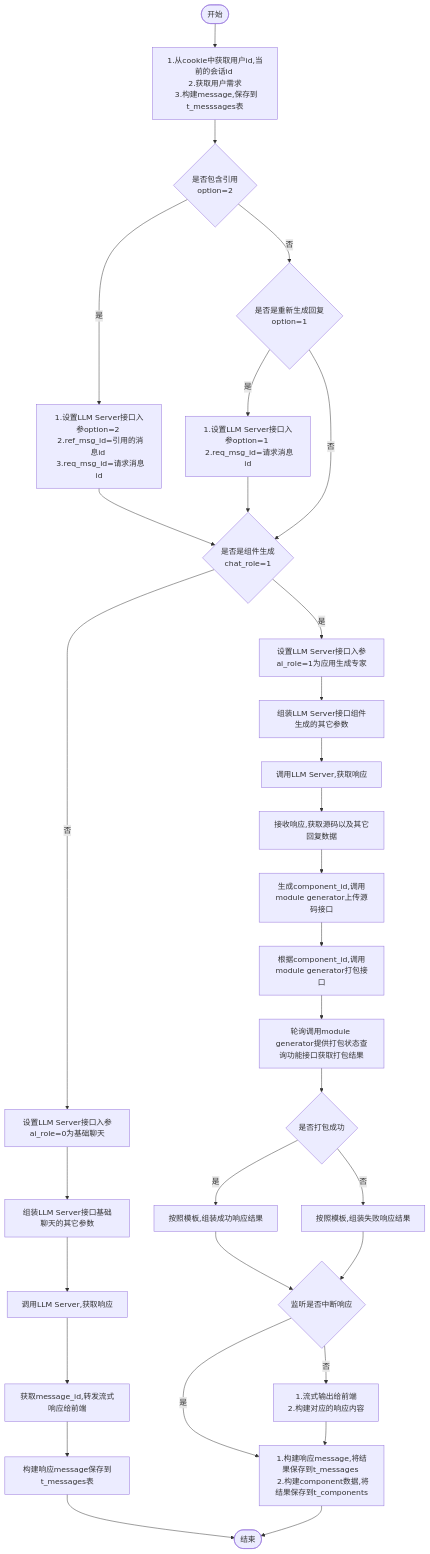
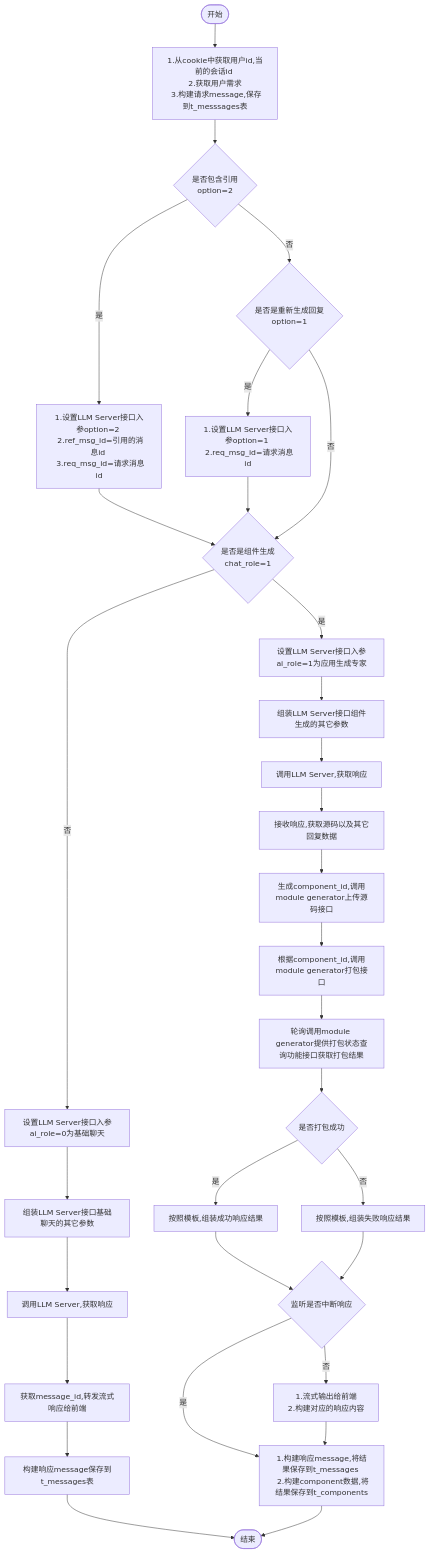
Before and after one commit to yingjianzh/iodraw-files: the diagram in all/w3-会话-不需要传递message.md, drawn with Mermaid.

Commit message:
2024-10-15 15:19:36 update

````diff
--- a/all/w3-会话-不需要传递message.md
+++ b/all/w3-会话-不需要传递message.md
@@ -1,37 +1,37 @@
 ```mermaid
 flowchart TD
-    A([开始]) --> B[1.从cookie中获取用户id,当前的会话id \n 2.获取用户需求 \n 3.构建message,保存到t_messsages表]
+    A([开始]) --> B[1.从cookie中获取用户id,当前的会话id \n 2.获取用户需求 \n 3.构建请求message,保存到t_messsages表]
     B--> D{是否包含引用 \n option=2}
     D -- 是 --> E[1.设置LLM Server接口入参option=2 \n 2.ref_msg_id=引用的消息id \n 3.req_msg_id=请求消息id]
     D -- 否 --> F{是否是重新生成回复\n option=1}
     F -- 是 --> G[1.设置LLM Server接口入参option=1 \n 2.req_msg_id=请求消息id]
     F -- 否 --> I
      
     E & G --> I{是否是组件生成 \n chat_role=1}
     I -- 否 --> K[设置LLM Server接口入参ai_role=0为基础聊天]
     I -- 是 --> J[设置LLM Server接口入参ai_role=1为应用生成专家]
     
 
     J --> L[组装LLM Server接口组件生成的其它参数]    
     K --> M[组装LLM Server接口基础聊天的其它参数]    
     M --> N[调用LLM Server,获取响应]    
     N --> O[获取message_id,转发流式响应给前端]
     O --> P[构建响应message保存到t_messages表]
     P --> R([结束])
 
 
     L --> S[调用LLM Server,获取响应]
     S --> T[接收响应,获取源码以及其它回复数据]
     T --> U[生成component_id,调用module generator上传源码接口]
     U --> V[根据component_id,调用module generator打包接口]
     V --> W[轮询调用module generator提供打包状态查询功能接口获取打包结果]
     W --> X{是否打包成功}
     X -- 是 --> Y[按照模板,组装成功响应结果]
     X -- 否 --> Z[按照模板,组装失败响应结果]
     Y & Z --> Done{监听是否中断响应}
     Done -- 是 --> Result
     Done -- 否 --> OutPut[1.流式输出给前端 \n 2.构建对应的响应内容]
 
     OutPut --> Result[1.构建响应message,将结果保存到t_messages \n 2.构建component数据,将结果保存到t_components]
     Result --> R
 ```
````
